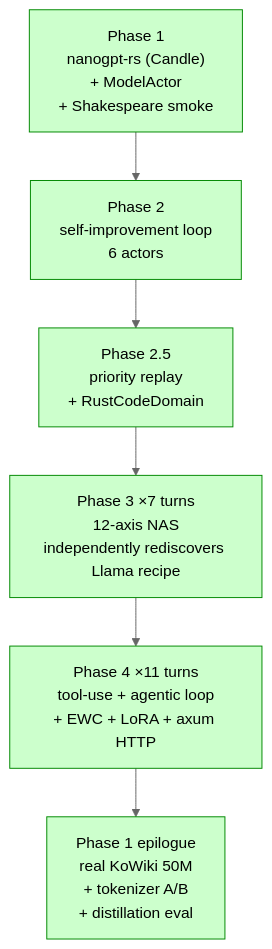
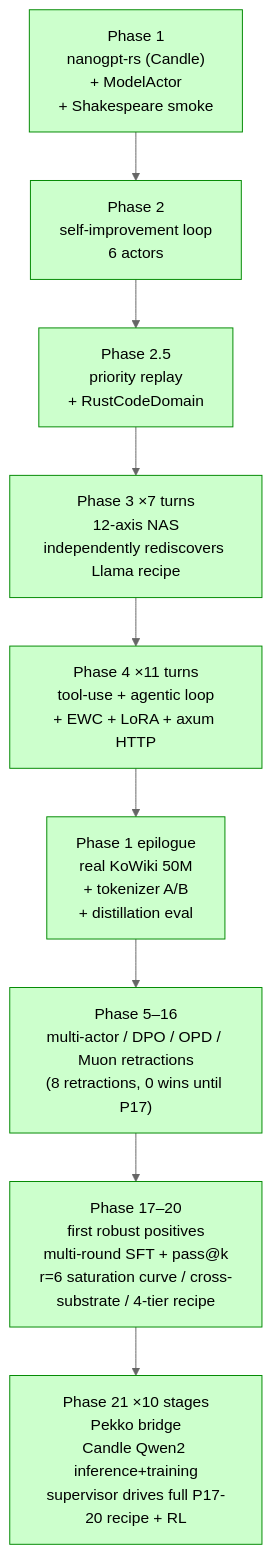
The first of 3 diagrams in README.md (coreonai/core), drawn with Mermaid (neutral theme) before and after one commit. The commit also changed other lines of this file and 1 other file, not shown here.

First line of the commit message:
Phase 21 consolidation — overview doc + README update

````diff
--- a/README.md
+++ b/README.md
@@ -29,12 +35,15 @@
 ```mermaid
 graph TD
   P1["Phase 1<br/>nanogpt-rs (Candle)<br/>+ ModelActor<br/>+ Shakespeare smoke"]
   P2["Phase 2<br/>self-improvement loop<br/>6 actors"]
   P25["Phase 2.5<br/>priority replay<br/>+ RustCodeDomain"]
   P3["Phase 3 ×7 turns<br/>12-axis NAS<br/>independently rediscovers Llama recipe"]
   P4["Phase 4 ×11 turns<br/>tool-use + agentic loop<br/>+ EWC + LoRA + axum HTTP"]
   P1E["Phase 1 epilogue<br/>real KoWiki 50M<br/>+ tokenizer A/B<br/>+ distillation eval"]
-  P1 --> P2 --> P25 --> P3 --> P4 --> P1E
+  P5_16["Phase 5–16<br/>multi-actor / DPO / OPD / Muon retractions<br/>(8 retractions, 0 wins until P17)"]
+  P17_20["Phase 17–20<br/>first robust positives<br/>multi-round SFT + pass@k<br/>r=6 saturation curve / cross-substrate / 4-tier recipe"]
+  P21["Phase 21 ×10 stages<br/>Pekko bridge<br/>Candle Qwen2 inference+training<br/>supervisor drives full P17-20 recipe + RL"]
+  P1 --> P2 --> P25 --> P3 --> P4 --> P1E --> P5_16 --> P17_20 --> P21
   classDef done fill:#cfc,stroke:#080
-  class P1,P2,P25,P3,P4,P1E done
+  class P1,P2,P25,P3,P4,P1E,P5_16,P17_20,P21 done
 ```
````
